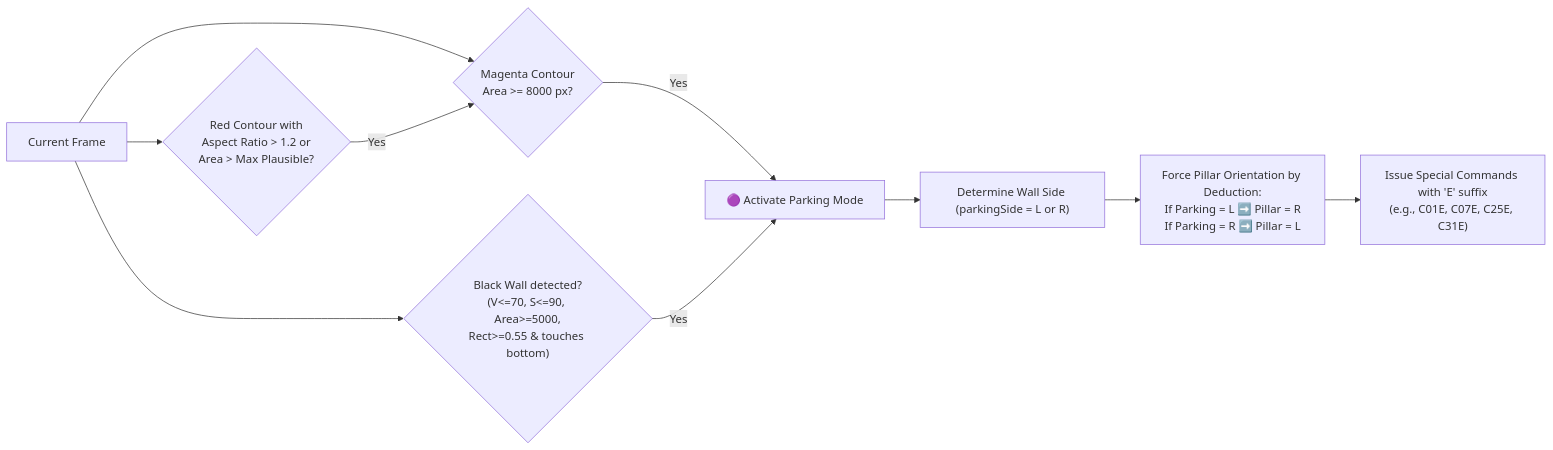
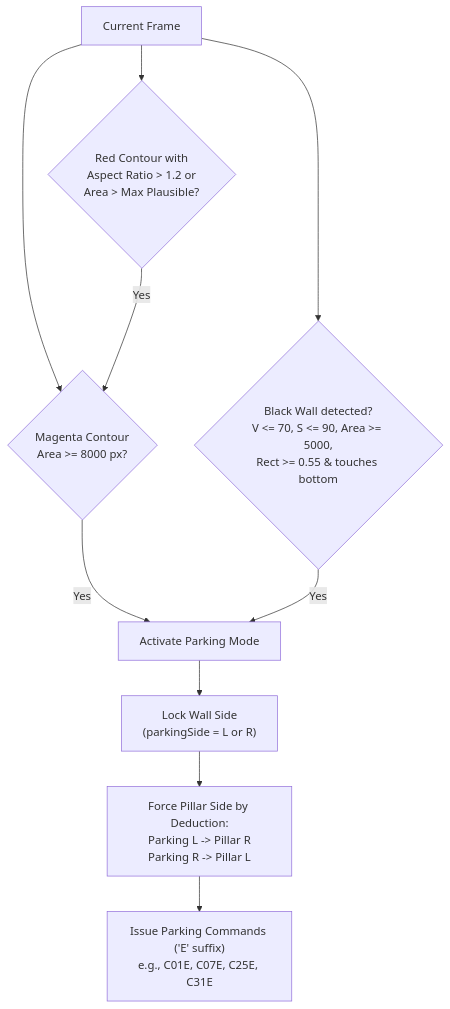
Before and after one commit to SamFlips/APP-WRO-PROMETHEUS-TEAM: the second of 2 diagrams in README.md, drawn with Mermaid. The commit also changed other lines of this file, not shown here.

````diff
--- a/README.md
+++ b/README.md
@@ -159,15 +159,14 @@
 ```mermaid
-flowchart LR
-    A["Current Frame"] --> B{"Magenta Contour\nArea >= 8000 px?"}
-    A --> C{"Red Contour with\nAspect Ratio > 1.2 or\nArea > Max Plausible?"}
-    A --> D{"Black Wall detected?\n(V<=70, S<=90, Area>=5000,\nRect>=0.55 & touches bottom)"}
+flowchart TD
+    A["Current Frame"] --> B{"Magenta Contour<br/>Area >= 8000 px?"}
+    A --> C{"Red Contour with<br/>Aspect Ratio > 1.2 or<br/>Area > Max Plausible?"}
+    A --> D{"Black Wall detected?<br/>V <= 70, S <= 90, Area >= 5000,<br/>Rect >= 0.55 & touches bottom"}
 
-    B -- Yes --> E["🟣 Activate Parking Mode"]
+    B -- Yes --> E["Activate Parking Mode"]
     C -- Yes --> B
     D -- Yes --> E
 
-    E --> F["Determine Wall Side (parkingSide = L or R)"]
-    F --> G["Force Pillar Orientation by Deduction:\nIf Parking = L ➡️ Pillar = R\nIf Parking = R ➡️ Pillar = L"]
-    G --> H["Issue Special Commands with 'E' suffix\n(e.g., C01E, C07E, C25E, C31E)"]
-
+    E --> F["Lock Wall Side<br/>(parkingSide = L or R)"]
+    F --> G["Force Pillar Side by Deduction:<br/>Parking L -> Pillar R<br/>Parking R -> Pillar L"]
+    G --> H["Issue Parking Commands ('E' suffix)<br/>e.g., C01E, C07E, C25E, C31E"]
 ```
````
